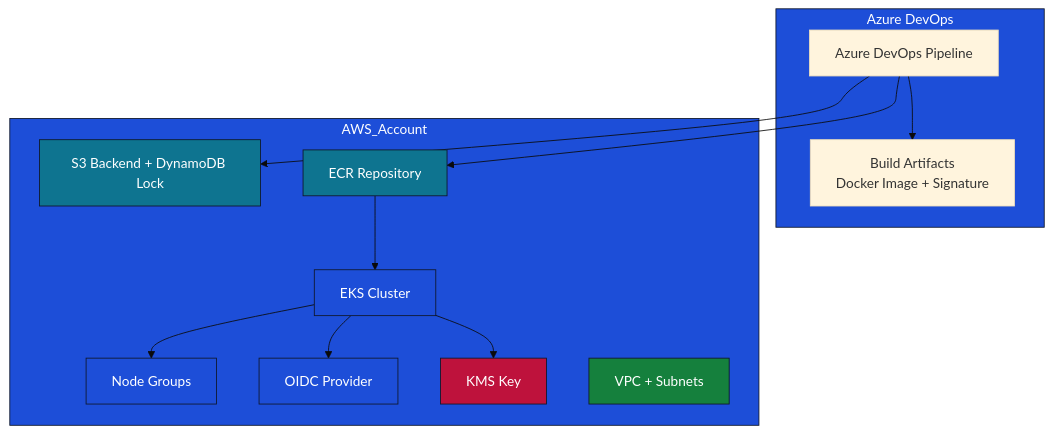
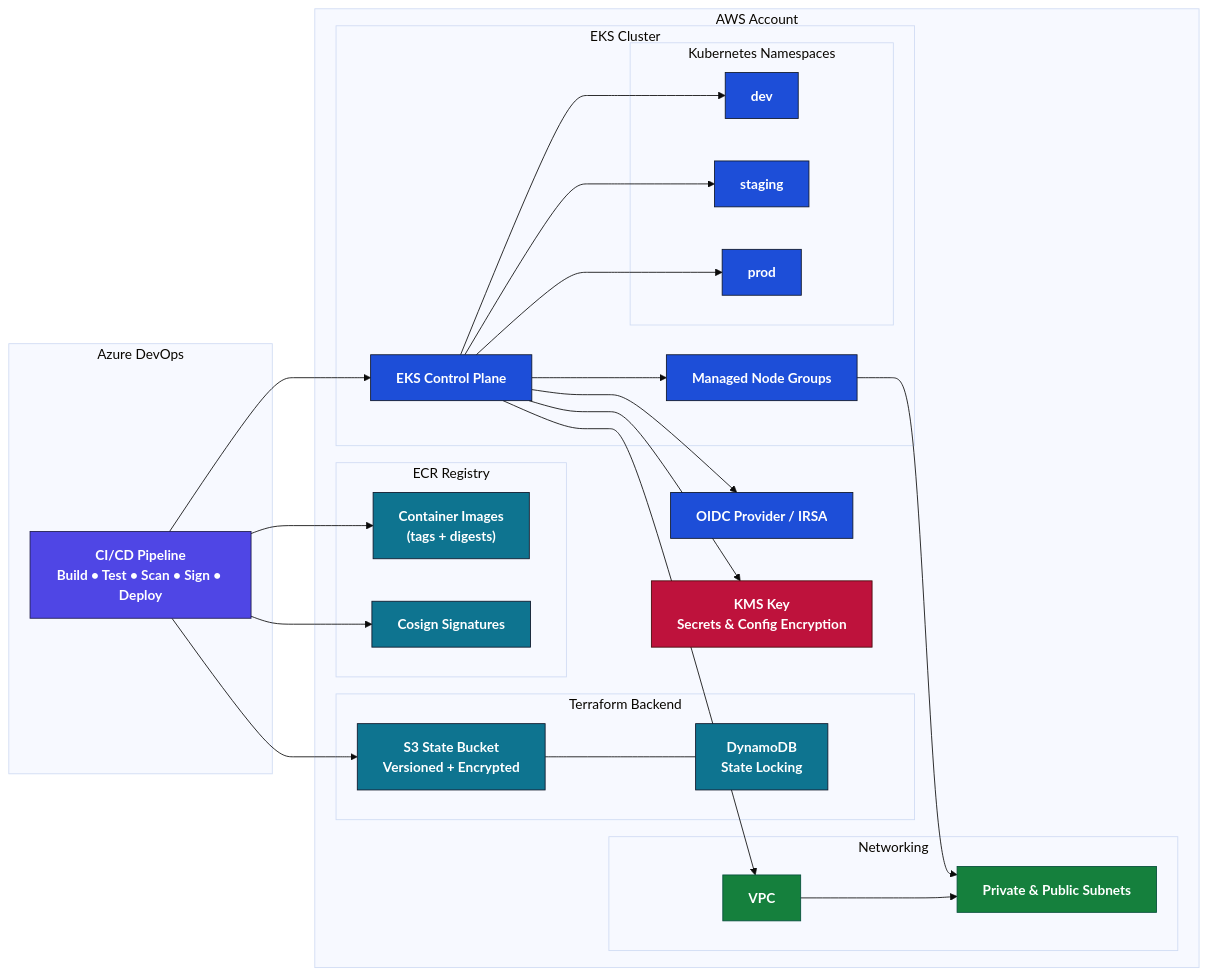
One commit to sofiafernandezmoreno/devops-workflow changed the first of 2 diagrams in README.md. Above: the diagram before and after it, drawn with Mermaid (base theme). The commit also changed other lines of this file and 1 other file, not shown here.

Commit message:
Fix push and sign

````diff
--- a/README.md
+++ b/README.md
@@ -53,32 +53,89 @@
 ```mermaid
-flowchart TD
+flowchart LR
 
-subgraph Azure DevOps
-  A[Azure DevOps Pipeline] --> B[Build Artifacts<br>Docker Image + Signature]
+%% =========================
+%% Azure DevOps side
+%% =========================
+subgraph AzureDev["Azure DevOps"]
+  PIPE["CI/CD Pipeline<br/>Build • Test • Scan • Sign • Deploy"]
 end
 
-subgraph AWS_Account
-  C[S3 Backend + DynamoDB Lock]:::infra
-  D[ECR Repository]:::infra
-  E[EKS Cluster]:::cluster
-  F[Node Groups]:::cluster
-  G[OIDC Provider]:::cluster
-  H[KMS Key]:::security
-  I[VPC + Subnets]:::network
+%% =========================
+%% AWS account side
+%% =========================
+subgraph AWS["AWS Account"]
 
-  E --> F
-  E --> G
-  E --> H
+  subgraph Backend["Terraform Backend"]
+    S3["S3 State Bucket<br/>Versioned + Encrypted"]
+    DDB["DynamoDB<br/>State Locking"]
+  end
 
-  D --> E
+  subgraph Network["Networking"]
+    VPC["VPC"]
+    SUBNETS["Private & Public Subnets"]
+  end
+
+  subgraph ECRGrp["ECR Registry"]
+    ECR_IMG["Container Images<br/>(tags + digests)"]
+    ECR_SIG["Cosign Signatures"]
+  end
+
+  subgraph EKSGrp["EKS Cluster"]
+    EKS["EKS Control Plane"]
+    NG["Managed Node Groups"]
+
+    subgraph NS["Kubernetes Namespaces"]
+      DEV["dev"]
+      STG["staging"]
+      PROD["prod"]
+    end
+  end
+
+  OIDC["OIDC Provider / IRSA"]
+  KMS["KMS Key<br/>Secrets & Config Encryption"]
+
 end
 
-A --> D
-A --> C
+%% =========================
+%% Flows
+%% =========================
 
-classDef infra fill:#0e7490,stroke:#0f172a,color:white;
-classDef cluster fill:#1d4ed8,stroke:#0f172a,color:white;
-classDef network fill:#15803d,stroke:#0f172a,color:white;
-classDef security fill:#be123c,stroke:#0f172a,color:white;
+%% Pipeline writes
+PIPE --> ECR_IMG
+PIPE --> ECR_SIG
+PIPE --> S3
+PIPE --> EKS
+
+%% Terraform backend
+S3 --- DDB
+
+%% EKS relationships
+EKS --> NG
+EKS --> DEV
+EKS --> STG
+EKS --> PROD
+EKS --> OIDC
+EKS --> KMS
+
+%% Networking
+VPC --> SUBNETS
+EKS --> VPC
+NG --> SUBNETS
+
+%% =========================
+%% Styling
+%% =========================
+classDef pipeline fill:#4f46e5,stroke:#1e1b4b,color:white,font-weight:bold;
+classDef infra fill:#0e7490,stroke:#0f172a,color:white,font-weight:bold;
+classDef eks fill:#1d4ed8,stroke:#0f172a,color:white,font-weight:bold;
+classDef net fill:#15803d,stroke:#064e3b,color:white,font-weight:bold;
+classDef security fill:#be123c,stroke:#450a0a,color:white,font-weight:bold;
+
+class PIPE pipeline
+class S3,DDB,ECR_IMG,ECR_SIG infra
+class EKS,NG,DEV,STG,PROD,OIDC eks
+class VPC,SUBNETS net
+class KMS security
+
 
 ```
````
